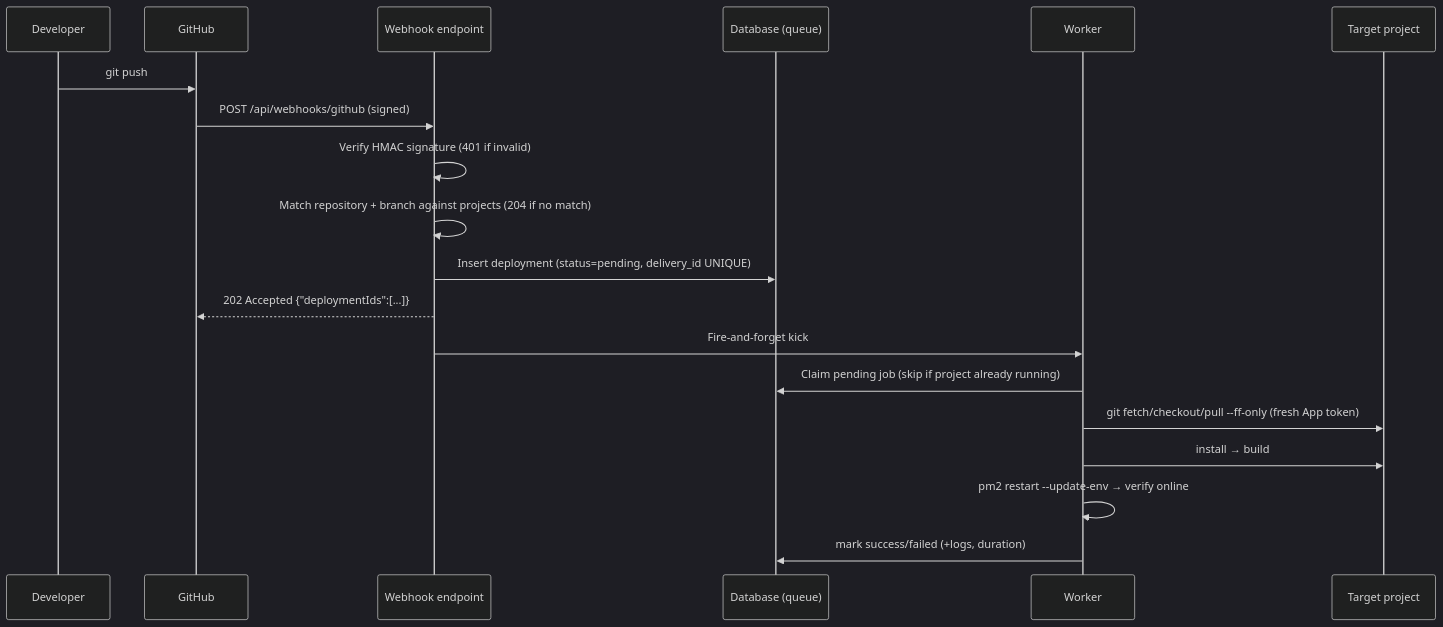
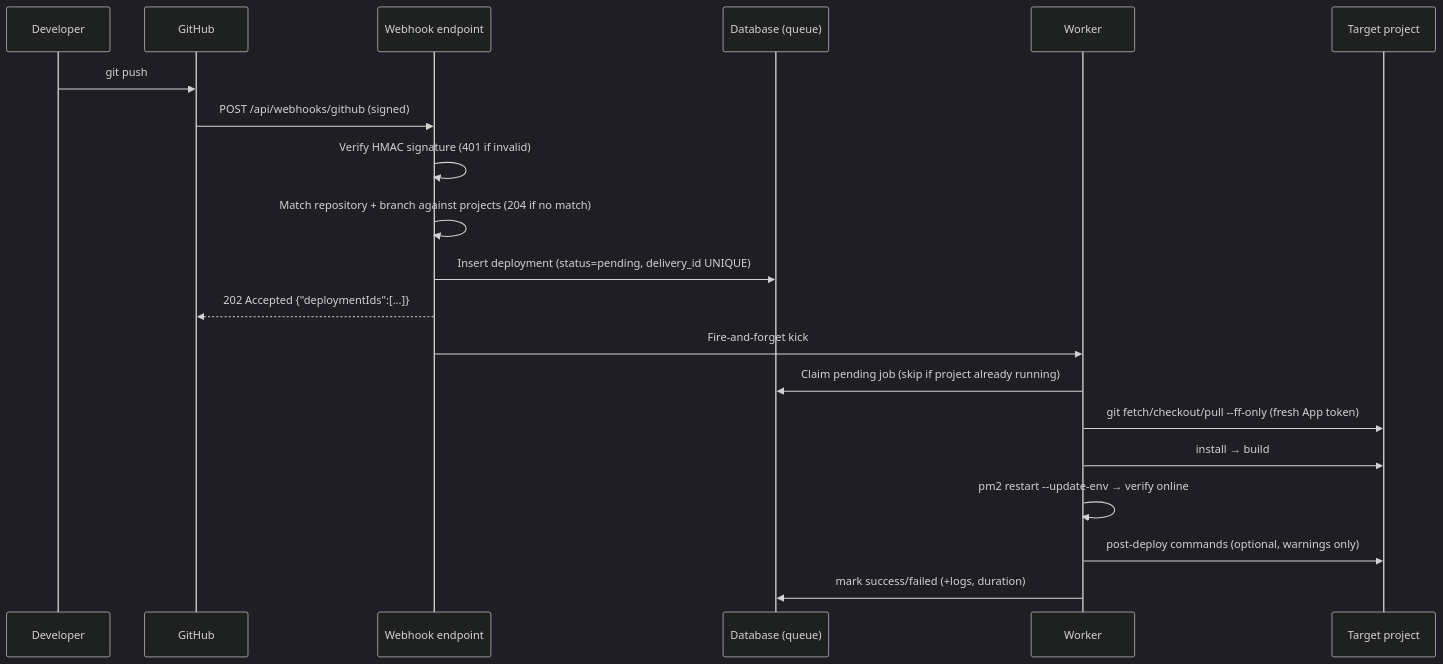
The diagram in docs/auto-deploy.md (programadorisgod/pm2-view), drawn with Mermaid (dark theme) before and after one commit. The commit also changed other lines of this file and 11 other files, not shown here.

First line of the commit message:
feat: add post-deploy actions to auto-deploy pipeline

````diff
--- a/docs/auto-deploy.md
+++ b/docs/auto-deploy.md
@@ -19,22 +21,23 @@
 ```mermaid
 sequenceDiagram
     participant D as Developer
     participant GH as GitHub
     participant W as Webhook endpoint
     participant DB as Database (queue)
     participant WK as Worker
     participant P as Target project
 
     D->>GH: git push
     GH->>W: POST /api/webhooks/github (signed)
     W->>W: Verify HMAC signature (401 if invalid)
     W->>W: Match repository + branch against projects (204 if no match)
     W->>DB: Insert deployment (status=pending, delivery_id UNIQUE)
     W-->>GH: 202 Accepted {"deploymentIds":[...]}
     W->>WK: Fire-and-forget kick
     WK->>DB: Claim pending job (skip if project already running)
     WK->>P: git fetch/checkout/pull --ff-only (fresh App token)
     WK->>P: install → build
     WK->>WK: pm2 restart --update-env → verify online
+    WK->>P: post-deploy commands (optional, warnings only)
     WK->>DB: mark success/failed (+logs, duration)
 ```
````
